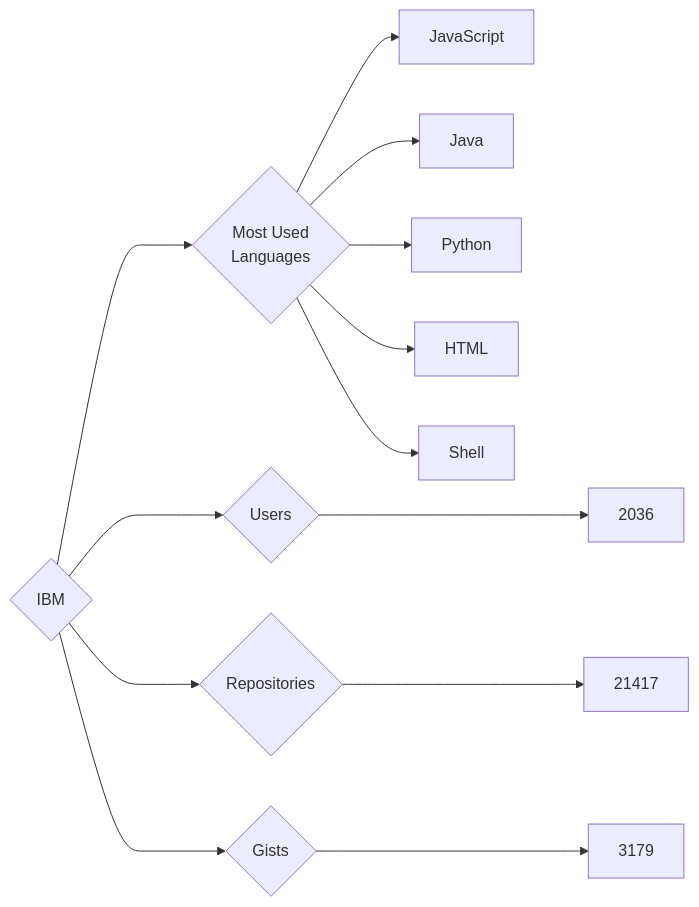
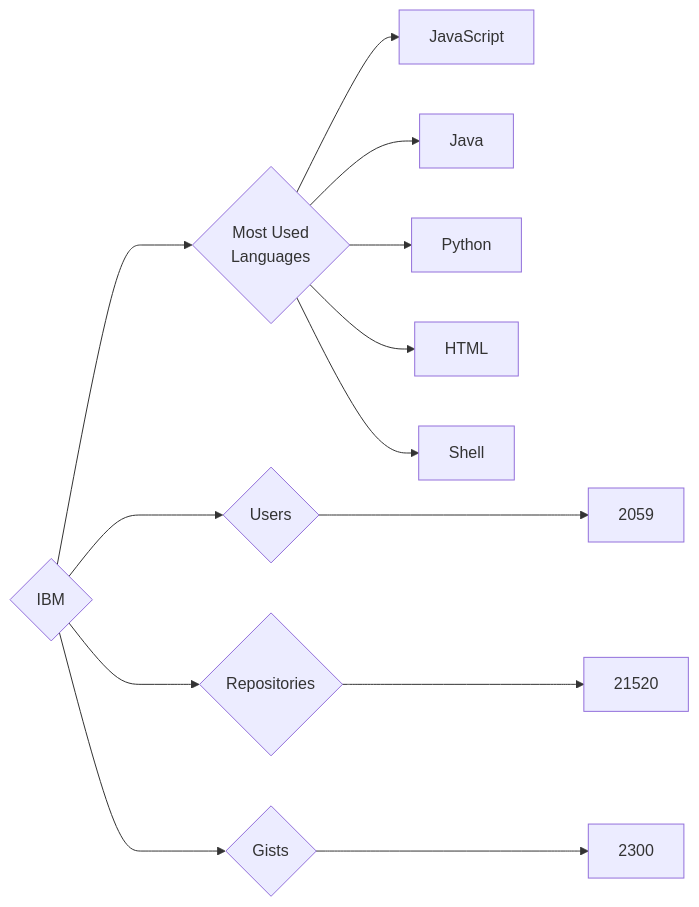
The diagram in targets/IBM/README.md (trickest/insiders), drawn with Mermaid before and after one commit. The commit also changed 953 other files, not shown here.

````diff
--- a/targets/IBM/README.md
+++ b/targets/IBM/README.md
@@ -3,13 +3,13 @@
 ```mermaid
 graph LR
 COMPANY_NAME{IBM}
-COMPANY_NAME ---> U{Users} ---> UN[2036]
-COMPANY_NAME ---> R{Repositories} ---> RN[21417]
-COMPANY_NAME ---> G{Gists} ---> GN[3179]
+COMPANY_NAME ---> U{Users} ---> UN[2059]
+COMPANY_NAME ---> R{Repositories} ---> RN[21520]
+COMPANY_NAME ---> G{Gists} ---> GN[2300]
 COMPANY_NAME ---> ML{Most Used<br>Languages}
 ML --> JavaScript[JavaScript]
 ML --> Java[Java]
 ML --> Python[Python]
 ML --> HTML[HTML]
 ML --> Shell[Shell]
 ```
````
